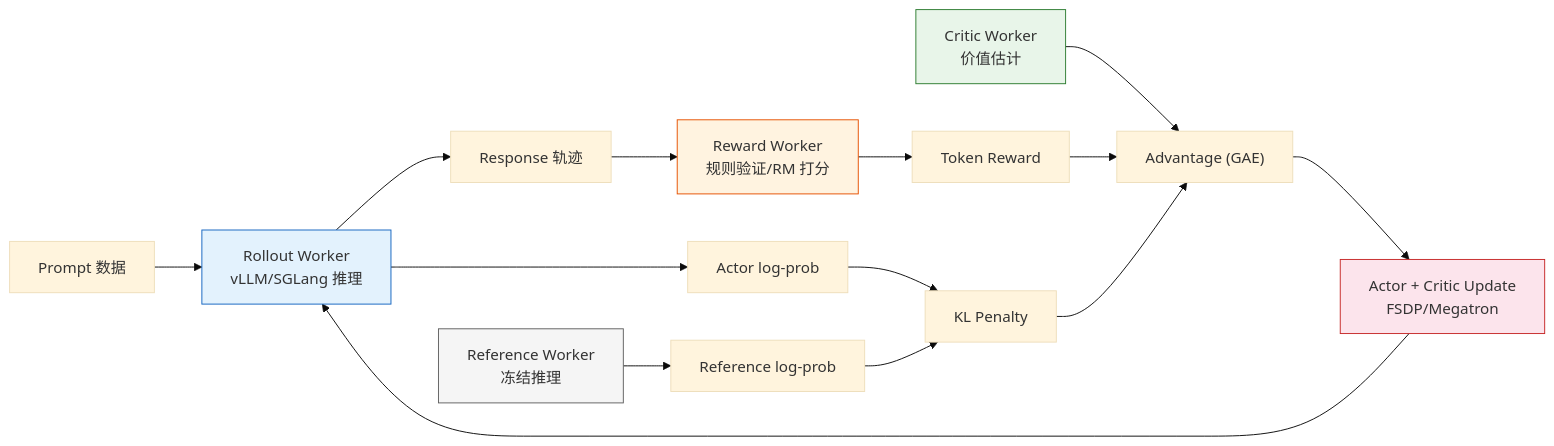
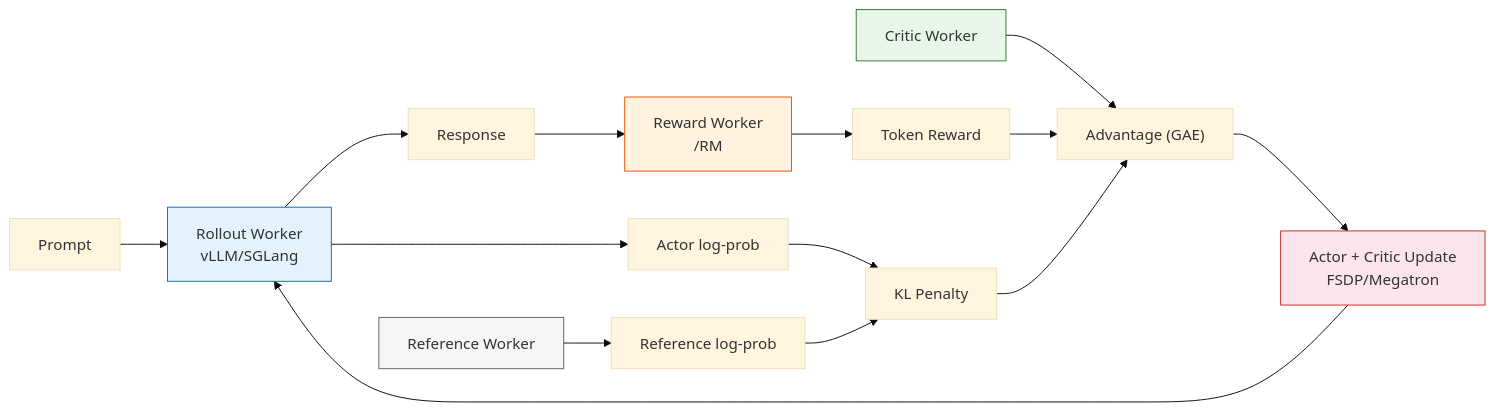
Before and after one commit to letslego/hands-on-modern-rl: the first of 2 diagrams in docs/chapter08_rlhf/verl-ppo-gsm8k.md, drawn with Mermaid (base theme). The commit also changed other lines of this file and 267 other files, not shown here.

````diff
--- a/docs/chapter08_rlhf/verl-ppo-gsm8k.md
+++ b/docs/chapter08_rlhf/verl-ppo-gsm8k.md
@@ -25,23 +25,23 @@
 ```mermaid
 flowchart LR
-    Prompt["Prompt 数据"] --> Rollout["Rollout Worker\nvLLM/SGLang 推理"]
-    Rollout --> Response["Response 轨迹"]
-    Response --> Reward["Reward Worker\n规则验证/RM 打分"]
+    Prompt["Prompt "] --> Rollout["Rollout Worker\nvLLM/SGLang "]
+    Rollout --> Response["Response "]
+    Response --> Reward["Reward Worker\n/RM "]
     Rollout --> Logp["Actor log-prob"]
-    Ref["Reference Worker\n冻结推理"] --> RefLogp["Reference log-prob"]
-    Critic["Critic Worker\n价值估计"] --> Adv["Advantage (GAE)"]
+    Ref["Reference Worker\n"] --> RefLogp["Reference log-prob"]
+    Critic["Critic Worker\n"] --> Adv["Advantage (GAE)"]
 
     Reward --> Total["Token Reward"]
     Logp --> KL["KL Penalty"]
     RefLogp --> KL
     Total --> Adv
     KL --> Adv
     Adv --> Update["Actor + Critic Update\nFSDP/Megatron"]
     Update --> Rollout
 
     style Rollout fill:#e3f2fd,stroke:#1565c0
     style Ref fill:#f5f5f5,stroke:#616161
     style Reward fill:#fff3e0,stroke:#e65100
     style Critic fill:#e8f5e9,stroke:#2e7d32
     style Update fill:#fce4ec,stroke:#c62828
 ```
````
